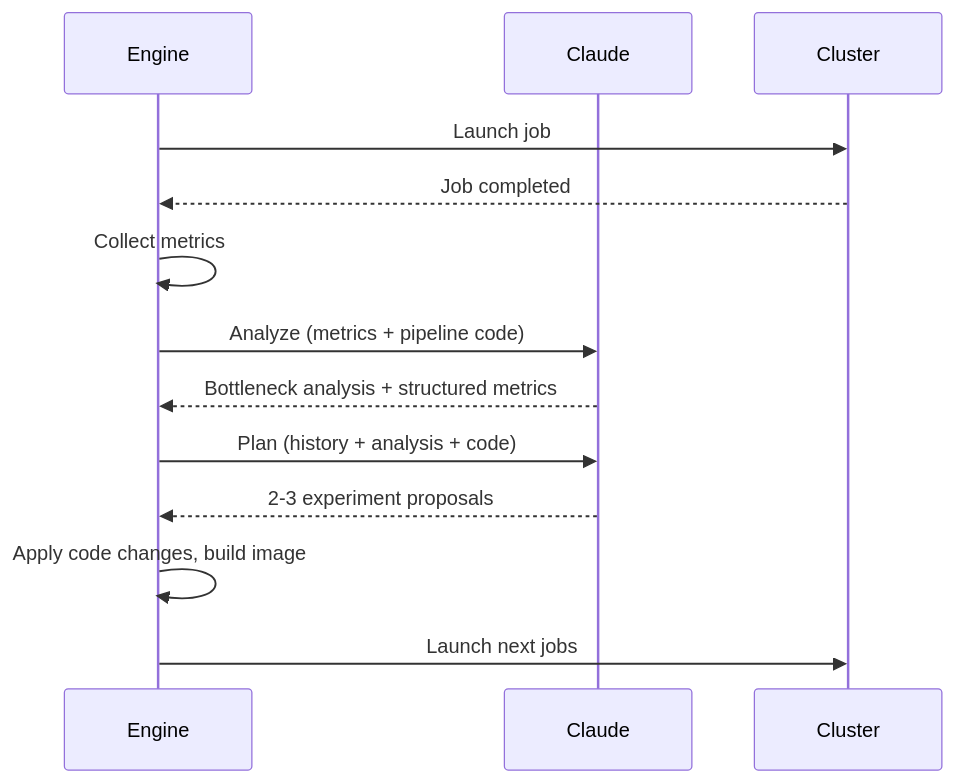
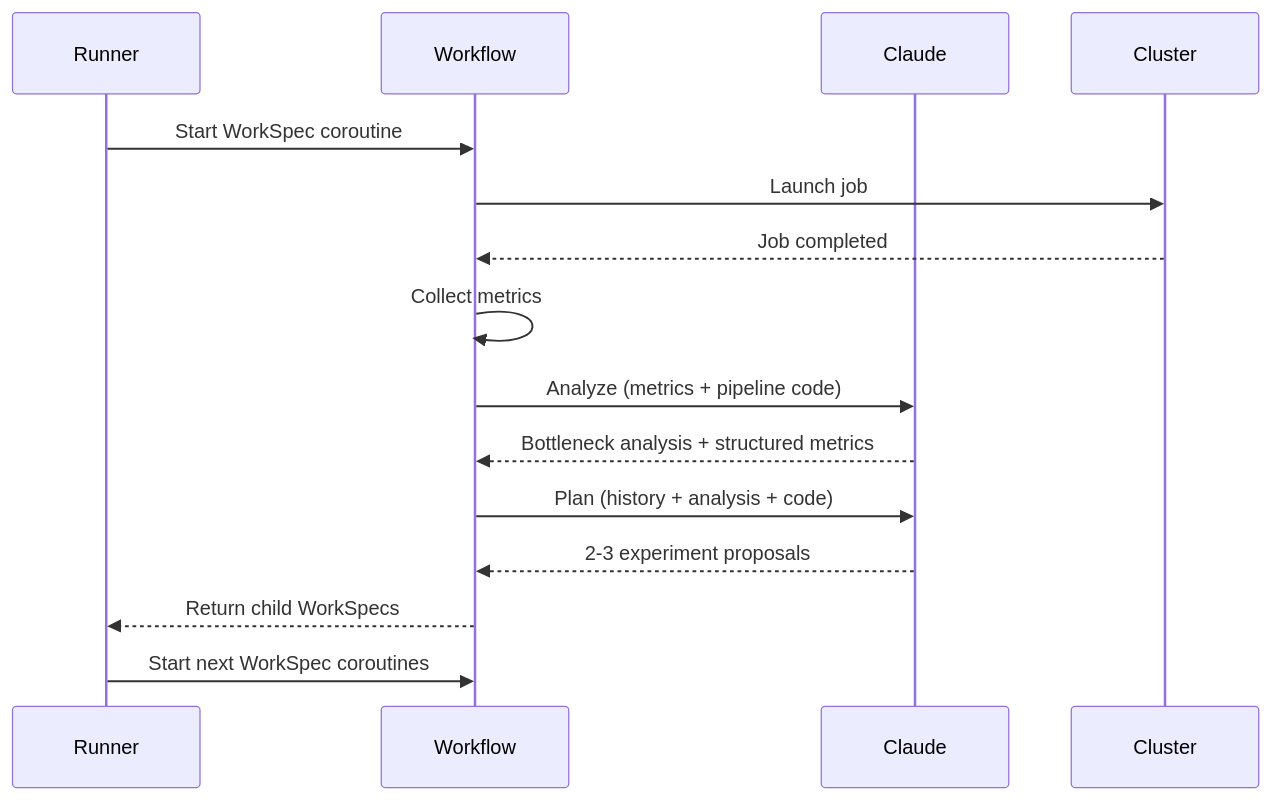
The second of 2 diagrams in docs/source/optimization_guide/autoresearch.rst (facebookresearch/spdl), drawn with Mermaid before and after one commit. The commit also changed other lines of this file and 24 other files, not shown here.

```diff
--- a/docs/source/optimization_guide/autoresearch.rst
+++ b/docs/source/optimization_guide/autoresearch.rst
@@ -160,16 +164,18 @@
 .. mermaid::
 
    sequenceDiagram
-       participant Engine
+       participant Runner
+       participant Workflow
        participant Claude
        participant Cluster
 
-       Engine->>Cluster: Launch job
-       Cluster-->>Engine: Job completed
-       Engine->>Engine: Collect metrics
-       Engine->>Claude: Analyze (metrics + pipeline code)
-       Claude-->>Engine: Bottleneck analysis + structured metrics
-       Engine->>Claude: Plan (history + analysis + code)
-       Claude-->>Engine: 2-3 experiment proposals
-       Engine->>Engine: Apply code changes, build image
-       Engine->>Cluster: Launch next jobs
+       Runner->>Workflow: Start WorkSpec coroutine
+       Workflow->>Cluster: Launch job
+       Cluster-->>Workflow: Job completed
+       Workflow->>Workflow: Collect metrics
+       Workflow->>Claude: Analyze (metrics + pipeline code)
+       Claude-->>Workflow: Bottleneck analysis + structured metrics
+       Workflow->>Claude: Plan (history + analysis + code)
+       Claude-->>Workflow: 2-3 experiment proposals
+       Workflow-->>Runner: Return child WorkSpecs
+       Runner->>Workflow: Start next WorkSpec coroutines
```
